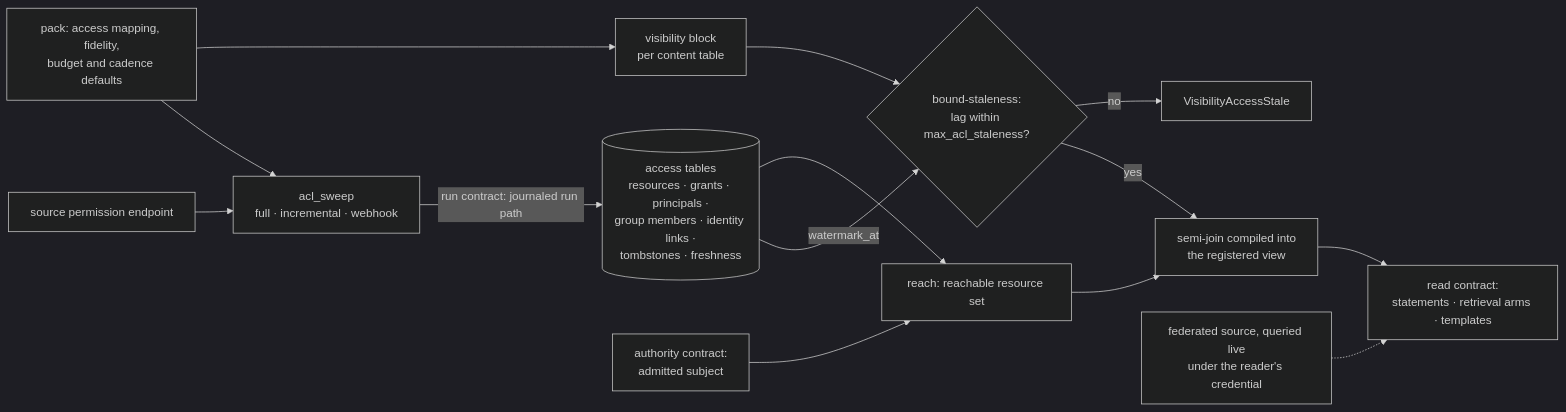
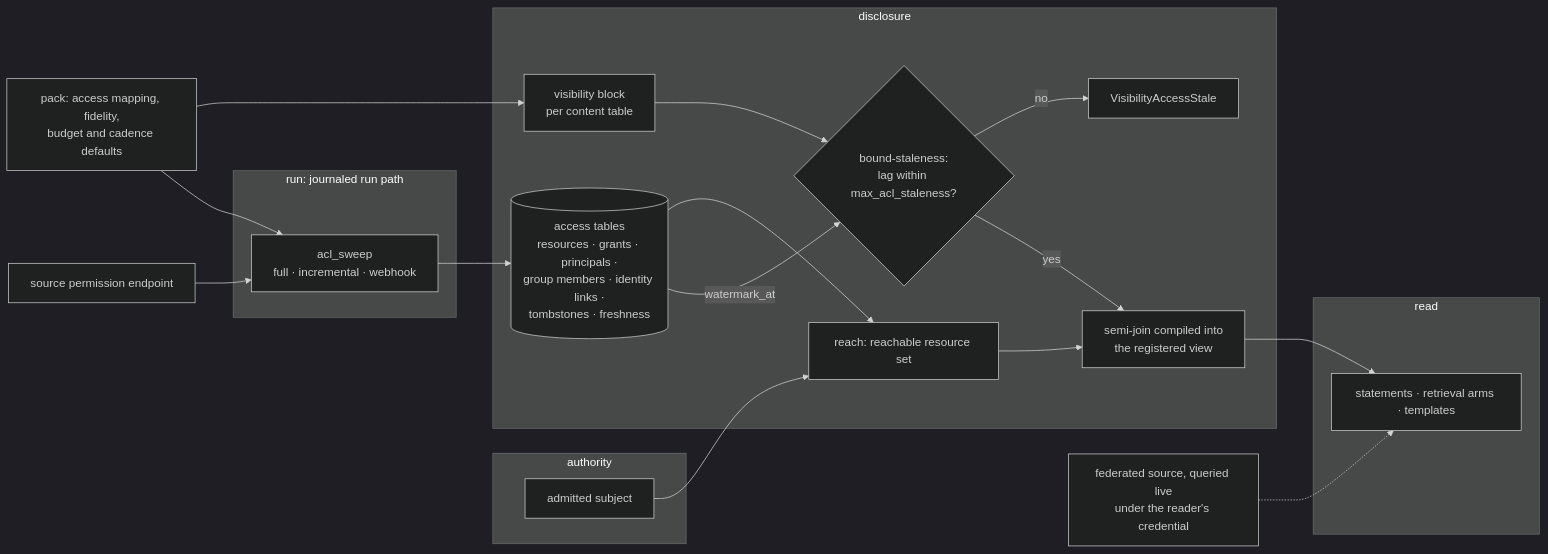
The first of 3 diagrams in spec/60-visibility.md (fractalboxdev/contextful), drawn with Mermaid (dark theme) before and after one commit. The commit also changed 33 other files, not shown here.

Commit message:
spec: diagrams draw contracts, parties and trust zones as containers; a node standing for one is refused

````diff
--- a/spec/60-visibility.md
+++ b/spec/60-visibility.md
@@ -21,16 +21,36 @@
 ```mermaid
 flowchart LR
-  PACK["pack: access mapping, fidelity,<br/>budget and cadence defaults"] --> VB["visibility block<br/>per content table"]
+  PACK["pack: access mapping, fidelity,<br/>budget and cadence defaults"]
+  SRC["source permission endpoint"]
+  FED["federated source, queried live<br/>under the reader's credential"]
+  subgraph RUN["run: journaled run path"]
+    SWEEP["acl_sweep<br/>full · incremental · webhook"]
+  end
+  subgraph AUTH["authority"]
+    AA["admitted subject"]
+  end
+  subgraph DISC["disclosure"]
+    VB["visibility block<br/>per content table"]
+    AT[("access tables<br/>resources · grants · principals ·<br/>group members · identity links ·<br/>tombstones · freshness")]
+    REACH["reach: reachable resource set"]
+    STALE{"bound-staleness:<br/>lag within max_acl_staleness?"}
+    DEG["VisibilityAccessStale"]
+    SJ["semi-join compiled into<br/>the registered view"]
+  end
+  subgraph READ["read"]
+    RS["statements · retrieval arms · templates"]
+  end
+  PACK --> VB
   PACK --> SWEEP
-  SRC["source permission endpoint"] --> SWEEP["acl_sweep<br/>full · incremental · webhook"]
-  SWEEP -- "run contract: journaled run path" --> AT[("access tables<br/>resources · grants · principals ·<br/>group members · identity links ·<br/>tombstones · freshness")]
-  AA["authority contract:<br/>admitted subject"] --> REACH["reach: reachable resource set"]
+  SRC --> SWEEP
+  SWEEP --> AT
+  AA --> REACH
   AT --> REACH
-  AT -- "watermark_at" --> STALE{"bound-staleness:<br/>lag within max_acl_staleness?"}
+  AT -- "watermark_at" --> STALE
   VB --> STALE
-  STALE -- no --> DEG["VisibilityAccessStale"]
-  STALE -- yes --> SJ["semi-join compiled into<br/>the registered view"]
+  STALE -- no --> DEG
+  STALE -- yes --> SJ
   REACH --> SJ
-  SJ --> READ["read contract:<br/>statements · retrieval arms · templates"]
-  FED["federated source, queried live<br/>under the reader's credential"] -.-> READ
+  SJ --> RS
+  FED -.-> RS
 ```
````
